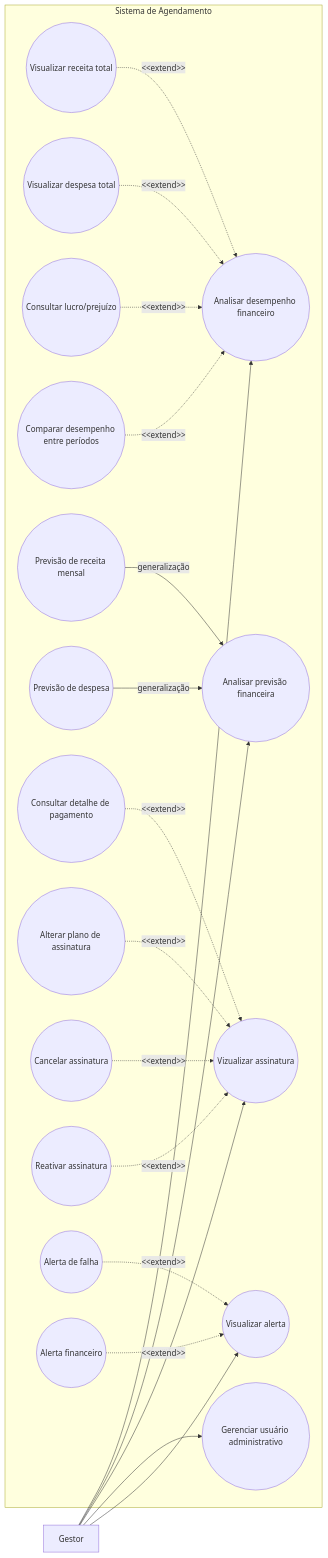
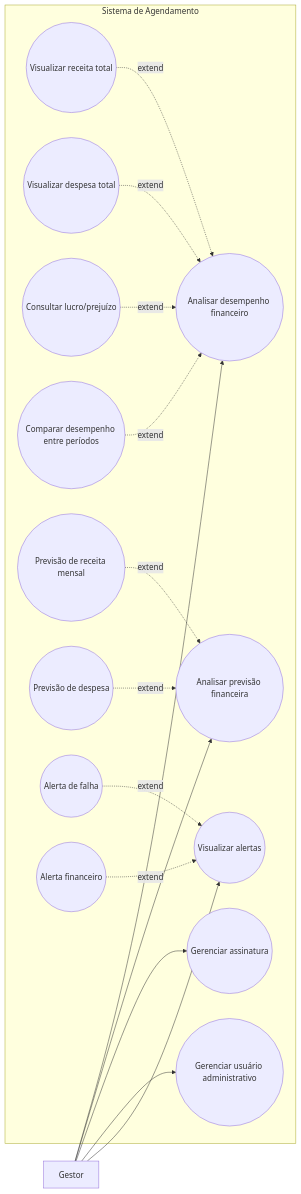
One commit to InsaneCaio/SICA changed the diagram in docs/casos de uso/gestor.md. Above: the diagram before and after it, drawn with Mermaid.

Commit message:
Revise use case flowchart for subscription and alerts
Updated use case flowchart in gestor.md to reflect changes in subscription and alert management.

````diff
--- a/docs/casos de uso/gestor.md
+++ b/docs/casos de uso/gestor.md
@@ -18,61 +18,40 @@
 ```mermaid
 flowchart LR
     G[Gestor]
 
     subgraph Sistema de Agendamento
-
-        %% Casos principais
         UC1((Analisar desempenho financeiro))
         UC3((Analisar previsão financeira))
-        UC4((Vizualizar assinatura))
+        UC4((Gerenciar assinatura))
         UC6((Gerenciar usuário administrativo))
-        UC7((Visualizar alerta))
+        UC7((Visualizar alertas))
 
-        %% Subcasos - Financeiro
         UC1_1((Visualizar receita total))
         UC1_2((Visualizar despesa total))
         UC1_3((Consultar lucro/prejuízo))
         UC1_4((Comparar desempenho entre períodos))
 
-        %% Subcasos - Previsões
         UC3_1((Previsão de receita mensal))
         UC3_2((Previsão de despesa))
 
-        %% Subcasos - Assinaturas
-        UC4_2((Consultar detalhe de pagamento))
-        UC4_3((Alterar plano de assinatura))
-        UC4_4((Cancelar assinatura))
-        UC4_5((Reativar assinatura))
-
-        %% Subcasos - Alertas
         UC7_1((Alerta de falha))
-        UC7_3((Alerta financeiro))
-
+        UC7_2((Alerta financeiro))
     end
 
-    %% Ligações com ator
     G --> UC1
     G --> UC3
     G --> UC4
     G --> UC6
     G --> UC7
 
-    %% Generalização
-    UC3_1 -->|generalização| UC3
-    UC3_2 -->|generalização| UC3
+    UC1_1 -.->|extend| UC1
+    UC1_2 -.->|extend| UC1
+    UC1_3 -.->|extend| UC1
+    UC1_4 -.->|extend| UC1
 
-    UC1_1 -.->|&lt;&lt;extend&gt;&gt;| UC1
-    UC1_2 -.->|&lt;&lt;extend&gt;&gt;| UC1
-    UC1_3 -.->|&lt;&lt;extend&gt;&gt;| UC1
-    UC1_4 -.->|&lt;&lt;extend&gt;&gt;| UC1
+    UC3_1 -.->|extend| UC3
+    UC3_2 -.->|extend| UC3
 
-    %% Alterações de assinatura são ações específicas
-    UC4_2 -.->|&lt;&lt;extend&gt;&gt;| UC4
-    UC4_3 -.->|&lt;&lt;extend&gt;&gt;| UC4
-    UC4_4 -.->|&lt;&lt;extend&gt;&gt;| UC4
-    UC4_5 -.->|&lt;&lt;extend&gt;&gt;| UC4
-
-    %% Tipos de alertas (variações)
-    UC7_1 -.->|&lt;&lt;extend&gt;&gt;| UC7
-    UC7_3 -.->|&lt;&lt;extend&gt;&gt;| UC7
+    UC7_1 -.->|extend| UC7
+    UC7_2 -.->|extend| UC7
 ```
````
